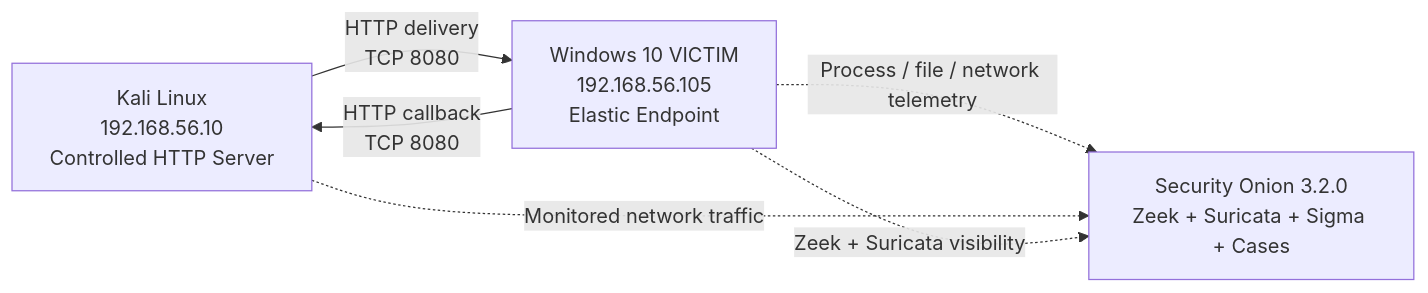
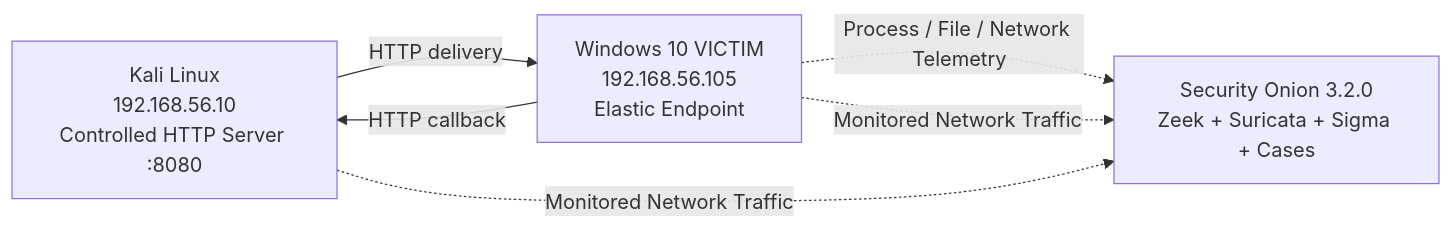
Before and after one commit to Pedro-Fontao/security-onion-powershell-detection-lab: the diagram in README.md, drawn with Mermaid. The commit also changed other lines of this file, not shown here.

````diff
--- a/README.md
+++ b/README.md
@@ -25,13 +45,13 @@
 ```mermaid
 flowchart LR
-    K["Kali Linux<br/>192.168.56.10<br/>Controlled HTTP Server"]
+    K["Kali Linux<br/>192.168.56.10<br/>Controlled HTTP Server :8080"]
     W["Windows 10 VICTIM<br/>192.168.56.105<br/>Elastic Endpoint"]
     S["Security Onion 3.2.0<br/>Zeek + Suricata + Sigma + Cases"]
 
-    K -->|"HTTP delivery<br/>TCP 8080"| W
-    W -->|"HTTP callback<br/>TCP 8080"| K
+    K -->|"HTTP delivery"| W
+    W -->|"HTTP callback"| K
 
-    W -.->|"Process / file / network telemetry"| S
-    K -.->|"Monitored network traffic"| S
-    W -.->|"Zeek + Suricata visibility"| S
+    W -.->|"Process / File / Network Telemetry"| S
+    W -.->|"Monitored Network Traffic"| S
+    K -.->|"Monitored Network Traffic"| S
 ```
````
